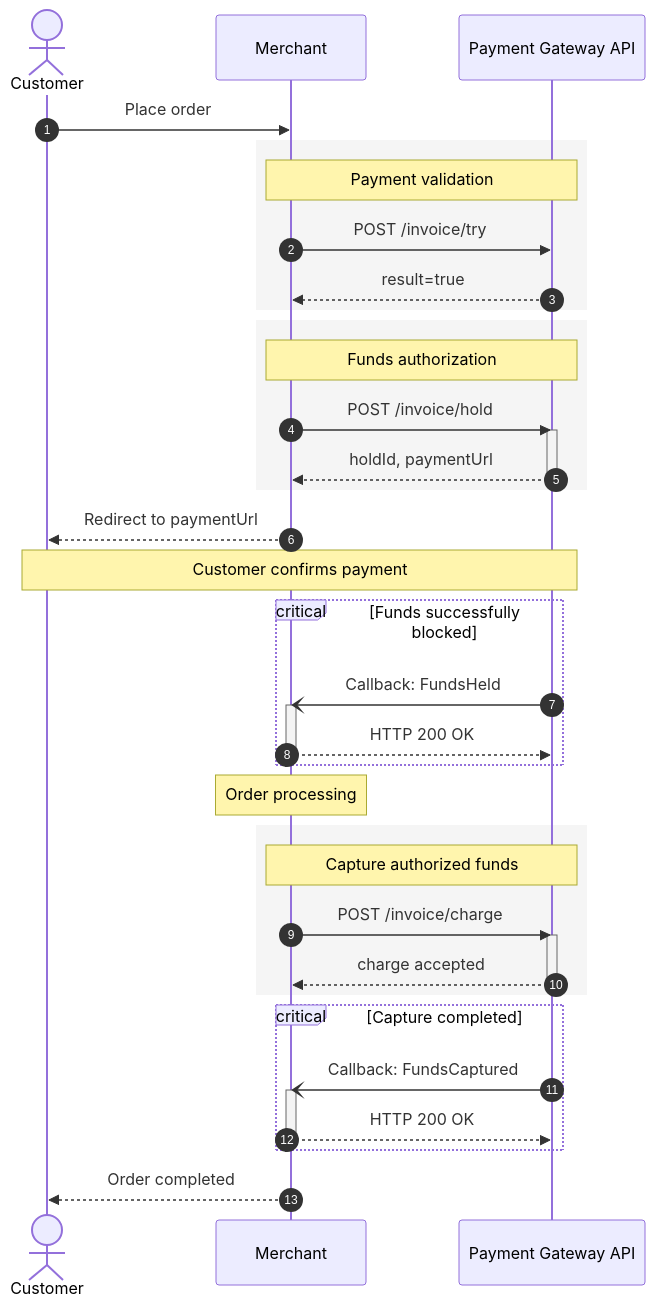
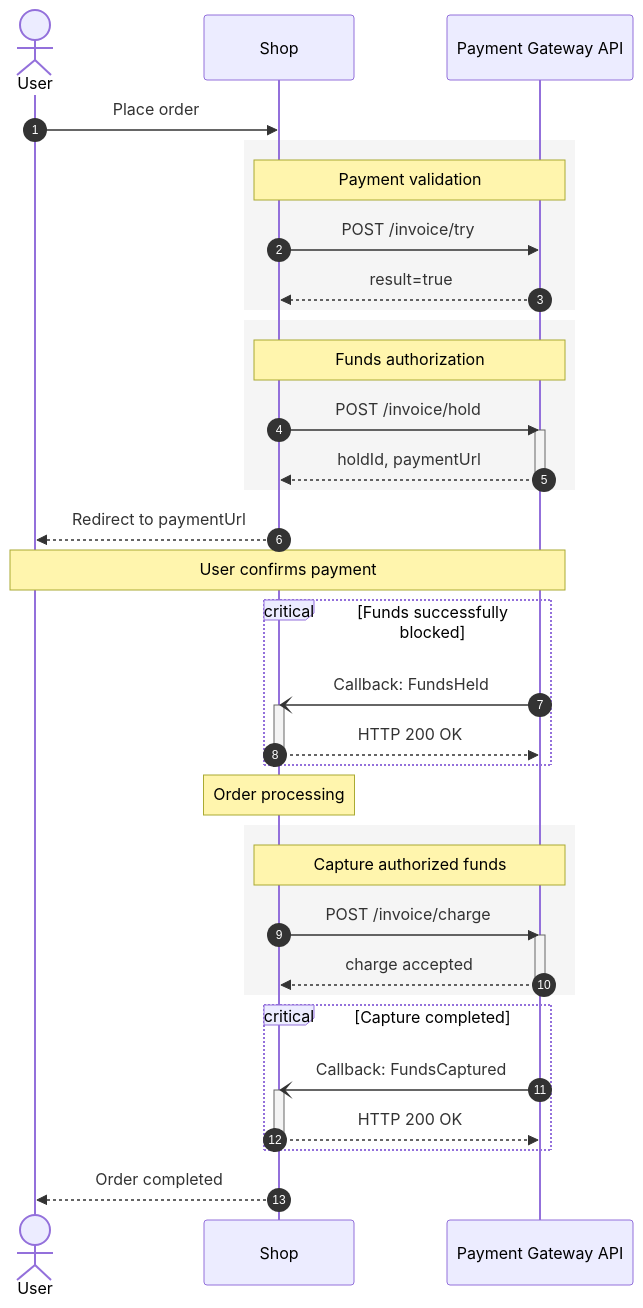
One commit to stereohead87/Documentation changed the second of 2 diagrams in invoice-create.mdx. Above: the diagram before and after it, drawn with Mermaid. The commit also changed other lines of this file and 1 other file, not shown here.

Commit message:
Updated mintlify pages
- Updated invoice-create.mdx
- Updated withdraw-create.mdx

Mintlify-Source: dashboard-editor

````diff
--- a/invoice-create.mdx
+++ b/invoice-create.mdx
@@ -73,69 +73,69 @@
 ```mermaid
 sequenceDiagram
     autonumber
 
-    actor Customer
-    participant Merchant
-    participant Gateway as Payment Gateway API
+    actor U as User
+    participant S as Shop
+    participant PG as Payment Gateway API
 
-    Customer->>Merchant: Place order
+    U->>S: Place order
 
     rect rgb(245,245,245)
-        Note over Merchant,Gateway: Payment validation
+        Note over S,PG: Payment validation
 
-        Merchant->>Gateway: POST /invoice/try
-        Gateway-->>Merchant: result=true
+        S->>PG: POST /invoice/try
+        PG-->>S: result=true
     end
 
     rect rgb(245,245,245)
-        Note over Merchant,Gateway: Funds authorization
+        Note over S,PG: Funds authorization
 
-        Merchant->>Gateway: POST /invoice/hold
-        activate Gateway
+        S->>PG: POST /invoice/hold
+        activate PG
 
-        Gateway-->>Merchant: holdId, paymentUrl
+        PG-->>S: holdId, paymentUrl
 
-        deactivate Gateway
+        deactivate PG
     end
 
-    Merchant-->>Customer: Redirect to paymentUrl
+    S-->>U: Redirect to paymentUrl
 
-    Note over Customer,Gateway: Customer confirms payment
+    Note over U,PG: User confirms payment
 
     critical Funds successfully blocked
 
-        Gateway-)Merchant: Callback: FundsHeld
-        activate Merchant
+        PG-)S: Callback: FundsHeld
+        activate S
 
-        Merchant-->>Gateway: HTTP 200 OK
+        S-->>PG: HTTP 200 OK
 
-        deactivate Merchant
+        deactivate S
 
     end
 
-    Note over Merchant: Order processing
+    Note over S: Order processing
 
     rect rgb(245,245,245)
-        Note over Merchant,Gateway: Capture authorized funds
+        Note over S,PG: Capture authorized funds
 
-        Merchant->>Gateway: POST /invoice/charge
-        activate Gateway
+        S->>PG: POST /invoice/charge
+        activate PG
 
-        Gateway-->>Merchant: charge accepted
+        PG-->>S: charge accepted
 
-        deactivate Gateway
+        deactivate PG
     end
 
     critical Capture completed
 
-        Gateway-)Merchant: Callback: FundsCaptured
-        activate Merchant
+        PG-)S: Callback: FundsCaptured
+        activate S
 
-        Merchant-->>Gateway: HTTP 200 OK
+        S-->>PG: HTTP 200 OK
 
-        deactivate Merchant
+        deactivate S
 
     end
 
-    Merchant-->>Customer: Order completed
+    S-->>U: Order completed
 ```
````
